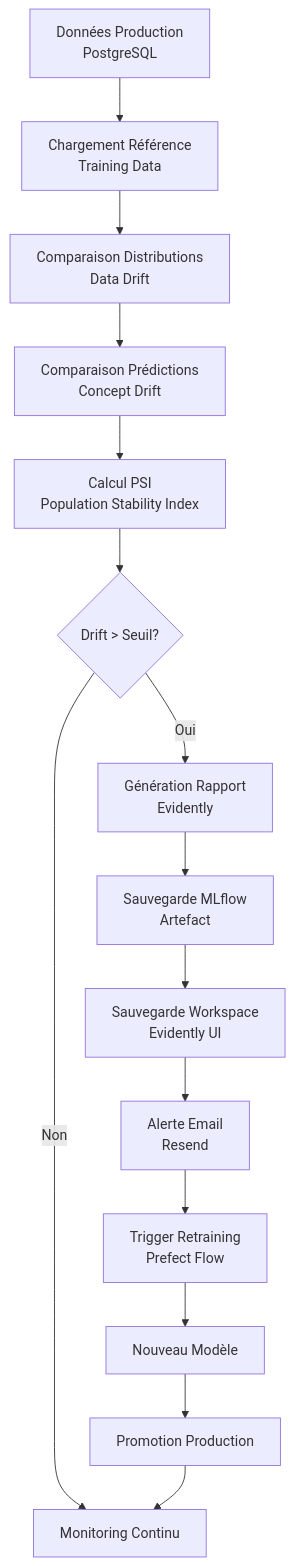
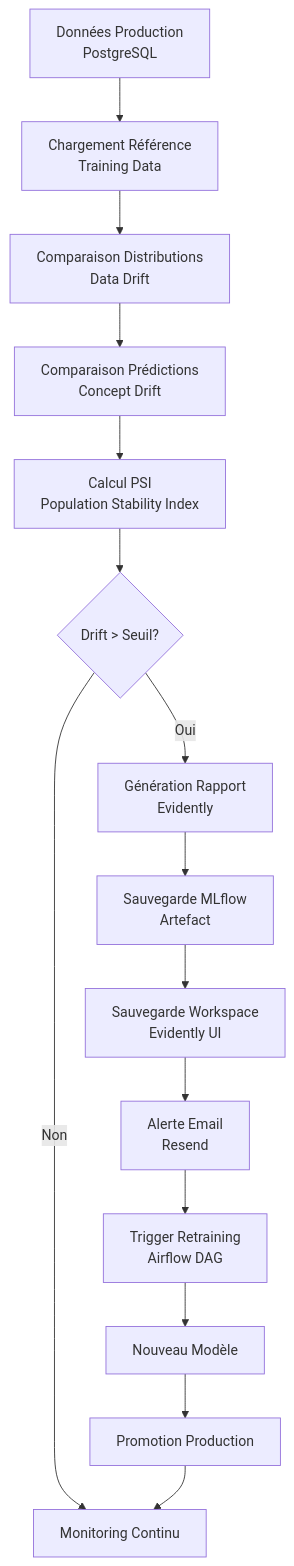
One commit to jinsudai/jinsudai changed diagram 13 of 21 in docs/ARCHITECTURE_MLOPS.md. Above: the diagram before and after it, drawn with Mermaid. The commit also changed other lines of this file and 12 other files, not shown here.

````diff
--- a/docs/ARCHITECTURE_MLOPS.md
+++ b/docs/ARCHITECTURE_MLOPS.md
@@ -420,19 +413,19 @@
 ```mermaid
 flowchart TD
 
     A[Données Production<br/>PostgreSQL] --> B[Chargement Référence<br/>Training Data]
     B --> C[Comparaison Distributions<br/>Data Drift]
     C --> D[Comparaison Prédictions<br/>Concept Drift]
     D --> E[Calcul PSI<br/>Population Stability Index]
     E --> F{Drift > Seuil?}
     F -->|Oui| G[Génération Rapport<br/>Evidently]
     F -->|Non| H[Monitoring Continu]
     G --> I[Sauvegarde MLflow<br/>Artefact]
     I --> J[Sauvegarde Workspace<br/>Evidently UI]
     J --> K[Alerte Email<br/>Resend]
-    K --> L[Trigger Retraining<br/>Prefect Flow]
+    K --> L[Trigger Retraining<br/>Airflow DAG]
     L --> M[Nouveau Modèle]
     M --> N[Promotion Production]
     N --> H
 
 ```
````
